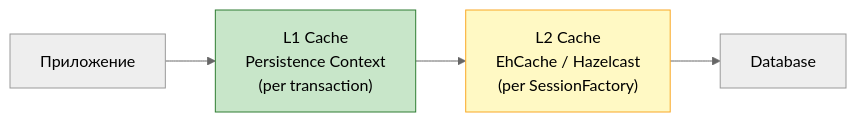
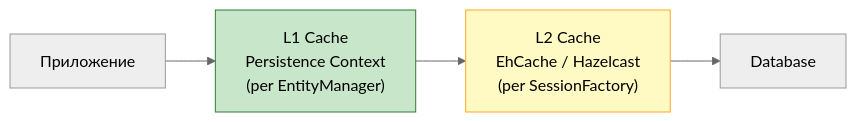
The eighth of 8 diagrams in cheatsheets/interview/frameworks/spring/spring-data-jpa-interview.md (akeverus/cheat-sheet), drawn with Mermaid (neutral theme) before and after one commit. The commit also changed other lines of this file and 5 other files, not shown here.

````diff
--- a/cheatsheets/interview/frameworks/spring/spring-data-jpa-interview.md
+++ b/cheatsheets/interview/frameworks/spring/spring-data-jpa-interview.md
@@ -1715,9 +1715,9 @@
 ```mermaid
 graph LR
-    APP["Приложение"] --> L1["L1 Cache<br/>Persistence Context<br/>(per transaction)"]
+    APP["Приложение"] --> L1["L1 Cache<br/>Persistence Context<br/>(per EntityManager)"]
     L1 --> L2["L2 Cache<br/>EhCache / Hazelcast<br/>(per SessionFactory)"]
     L2 --> DB["Database"]
 
     style L1 fill:#c8e6c9,stroke:#2e7d32
     style L2 fill:#fff9c4,stroke:#f9a825
 ```
````
